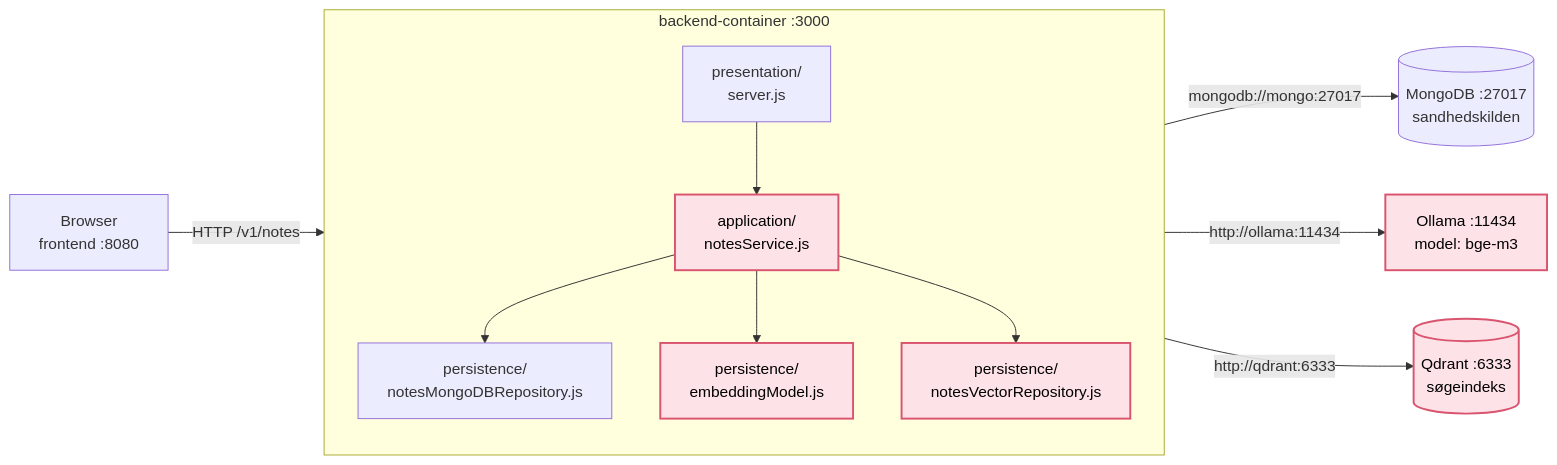
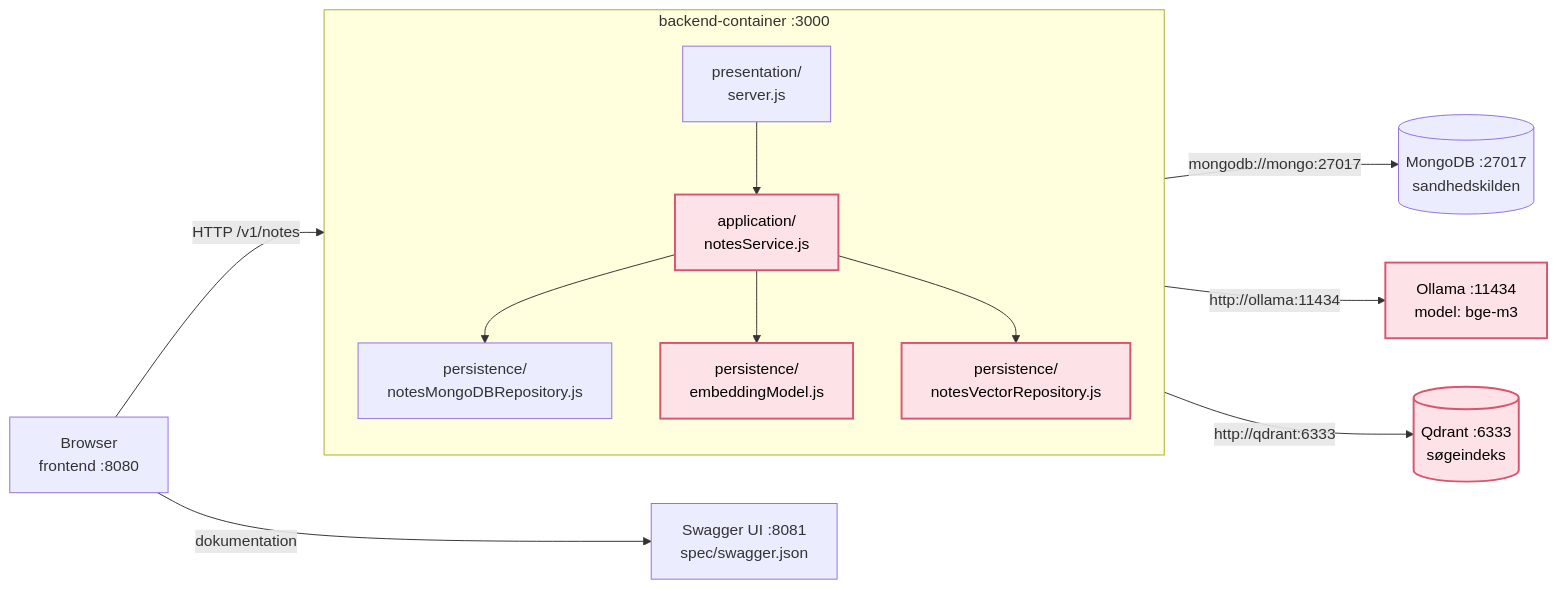
The diagram in 19._data_architecture_2/README.md (Ek-Ita-Swa-Iti/EK_ITA_SWA_2026_fall), drawn with Mermaid before and after one commit.

Commit message:
S19: Swagger UI i arkitekturdiagrammet

````diff
--- a/19._data_architecture_2/README.md
+++ b/19._data_architecture_2/README.md
@@ -45,29 +45,31 @@
 ```mermaid
 flowchart LR
     browser["Browser<br/>frontend :8080"]
 
     subgraph backend["backend-container :3000"]
         direction TB
         server["presentation/<br/>server.js"]
         service["application/<br/>notesService.js"]
         mongoRepo["persistence/<br/>notesMongoDBRepository.js"]
         vectorRepo["persistence/<br/>notesVectorRepository.js"]
         embed["persistence/<br/>embeddingModel.js"]
         server --> service
         service --> mongoRepo
         service --> embed
         service --> vectorRepo
     end
 
     mongo[("MongoDB :27017<br/>sandhedskilden")]
     ollama["Ollama :11434<br/>model: bge-m3"]
     qdrant[("Qdrant :6333<br/>søgeindeks")]
+    swagger["Swagger UI :8081<br/>spec/swagger.json"]
 
     browser -- "HTTP /v1/notes" --> server
+    browser -- "dokumentation" --> swagger
     mongoRepo -- "mongodb://mongo:27017" --> mongo
     embed -- "http://ollama:11434" --> ollama
     vectorRepo -- "http://qdrant:6333" --> qdrant
 
     classDef ny fill:#fde2e7,stroke:#d9546e,stroke-width:2px,color:#000
     class service,embed,vectorRepo,ollama,qdrant ny
 ```
````
